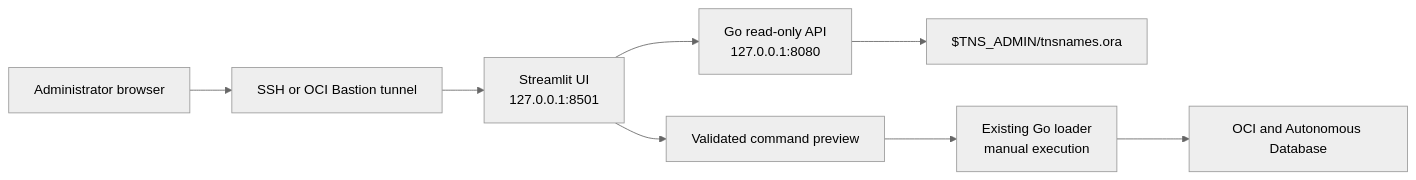
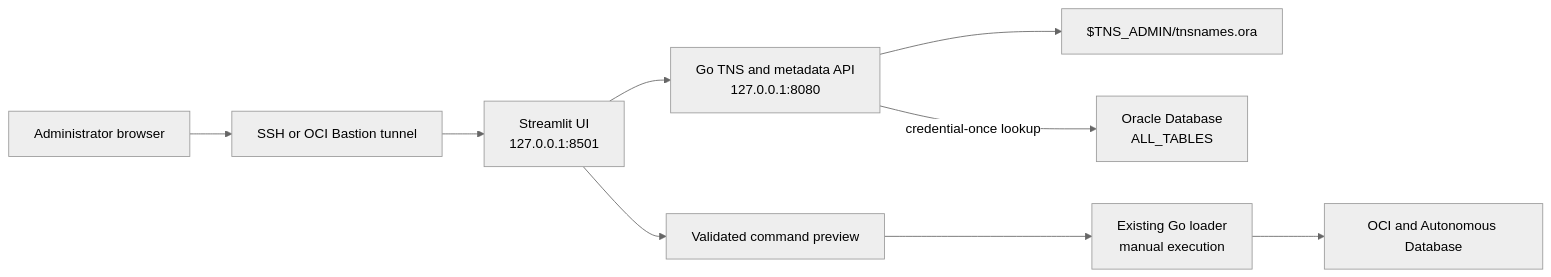
Before and after one commit to eugsim1/focus-loader-report-upload: the diagram in streamlit-ui/README.md, drawn with Mermaid (neutral theme). The commit also changed other lines of this file and 14 other files, not shown here.

Commit message:
Add Streamlit schema table browser

````diff
--- a/streamlit-ui/README.md
+++ b/streamlit-ui/README.md
@@ -36,15 +41,17 @@
 ```mermaid
 flowchart LR
     Browser["Administrator browser"]
     Tunnel["SSH or OCI Bastion tunnel"]
     UI["Streamlit UI<br/>127.0.0.1:8501"]
-    API["Go read-only API<br/>127.0.0.1:8080"]
+    API["Go TNS and metadata API<br/>127.0.0.1:8080"]
     TNS["$TNS_ADMIN/tnsnames.ora"]
     Builder["Validated command preview"]
     Loader["Existing Go loader<br/>manual execution"]
+    DB["Oracle Database<br/>ALL_TABLES"]
     OCI["OCI and Autonomous Database"]
 
     Browser --> Tunnel --> UI
     UI --> API --> TNS
+    API -->|"credential-once lookup"| DB
     UI --> Builder --> Loader --> OCI
 ```
````
